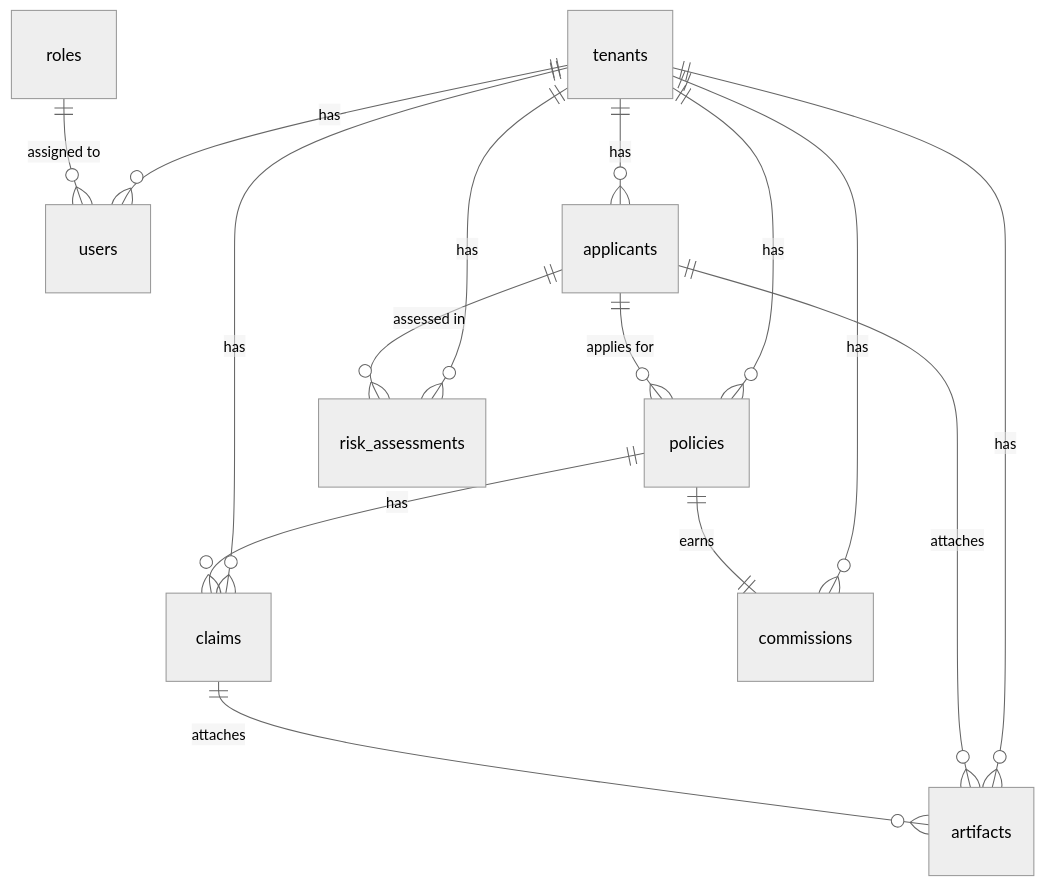
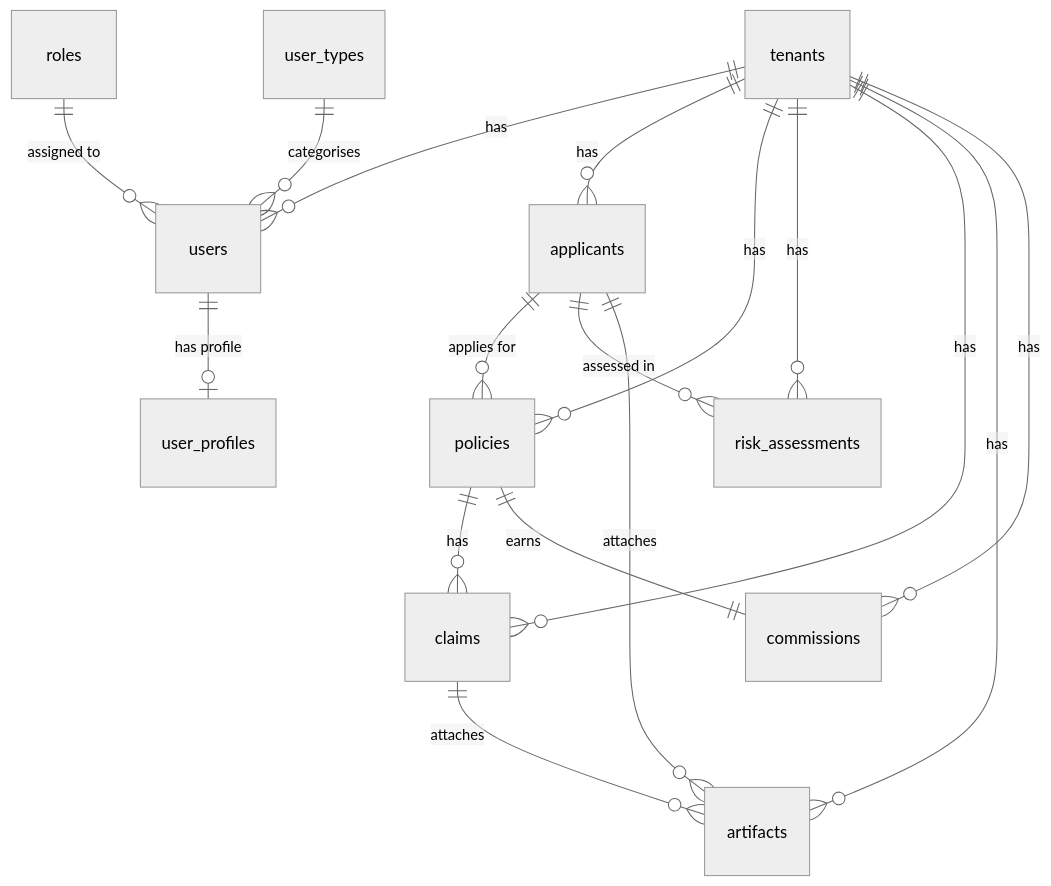
The diagram in docs/docs/db-schemas.md (Nouman64-cat/insurance-ai), drawn with Mermaid (neutral theme) before and after one commit. The commit also changed other lines of this file and 2 other files, not shown here.

Commit message:
docs: update schemas, services, and data-flow for applicant CRUD and Memgraph fraud-ring overhaul

````diff
--- a/docs/docs/db-schemas.md
+++ b/docs/docs/db-schemas.md
@@ -15,21 +15,23 @@
 ```mermaid
 erDiagram
     tenants ||--o{ users : "has"
     tenants ||--o{ applicants : "has"
     tenants ||--o{ policies : "has"
     tenants ||--o{ risk_assessments : "has"
     tenants ||--o{ claims : "has"
     tenants ||--o{ artifacts : "has"
     tenants ||--o{ commissions : "has"
 
     roles ||--o{ users : "assigned to"
+    user_types ||--o{ users : "categorises"
+    users ||--o| user_profiles : "has profile"
 
     applicants ||--o{ policies : "applies for"
     applicants ||--o{ risk_assessments : "assessed in"
     applicants ||--o{ artifacts : "attaches"
 
     policies ||--o{ claims : "has"
     policies ||--|| commissions : "earns"
 
     claims ||--o{ artifacts : "attaches"
 ```
````
